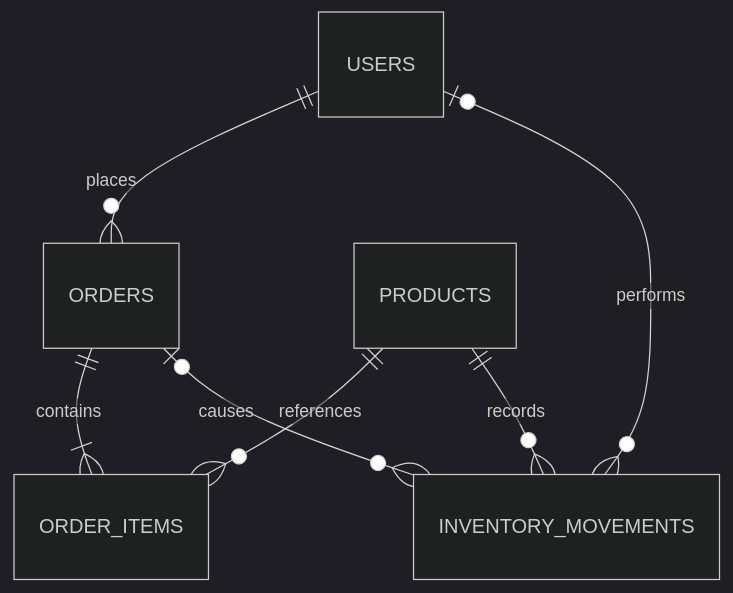
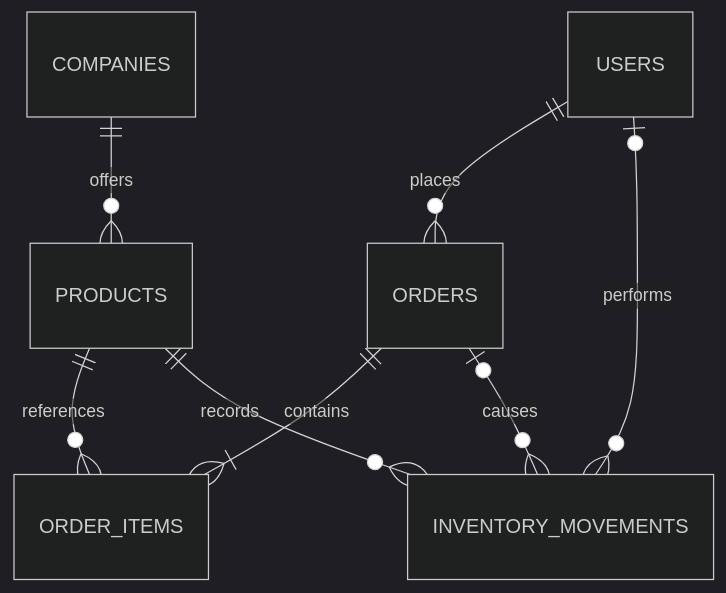
One commit to marambadarne2000/Mavelle changed the diagram in docs/ARCHITECTURE.md. Above: the diagram before and after it, drawn with Mermaid (dark theme). The commit also changed other lines of this file and 13 other files, not shown here.

````diff
--- a/docs/ARCHITECTURE.md
+++ b/docs/ARCHITECTURE.md
@@ -19,9 +19,10 @@
 ```mermaid
 erDiagram
+    COMPANIES ||--o{ PRODUCTS : offers
     USERS ||--o{ ORDERS : places
     ORDERS ||--|{ ORDER_ITEMS : contains
     PRODUCTS ||--o{ ORDER_ITEMS : references
     PRODUCTS ||--o{ INVENTORY_MOVEMENTS : records
     ORDERS o|--o{ INVENTORY_MOVEMENTS : causes
     USERS o|--o{ INVENTORY_MOVEMENTS : performs
 ```
````
